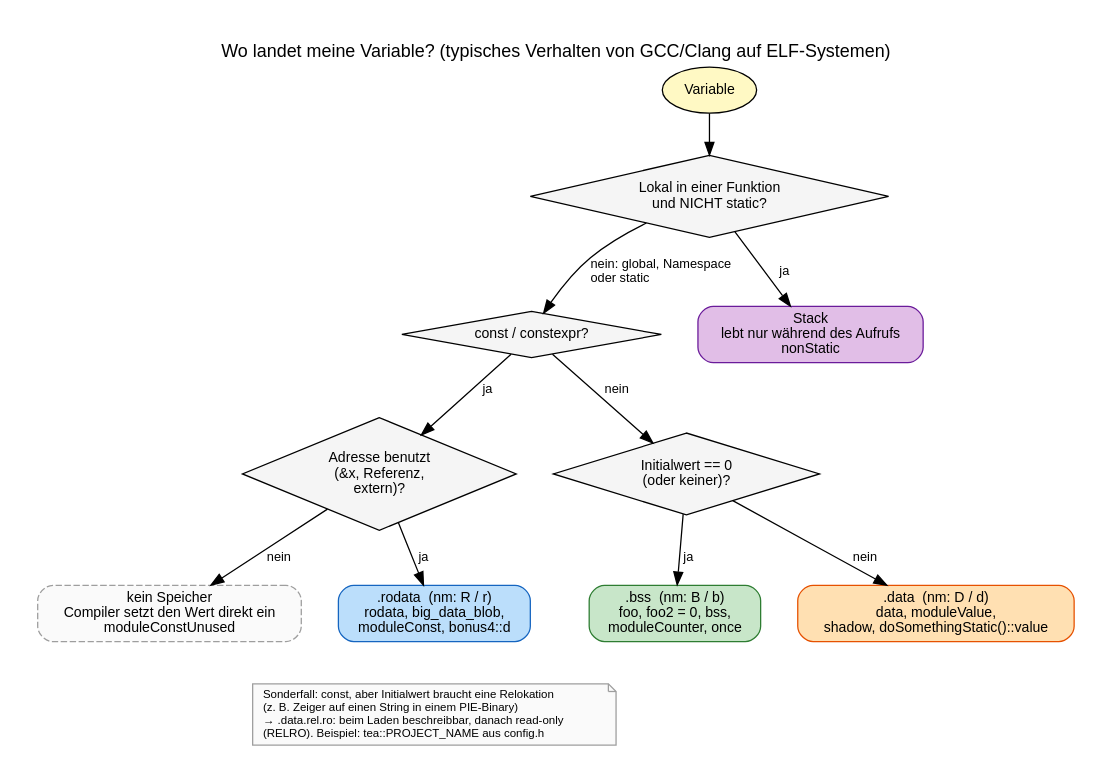
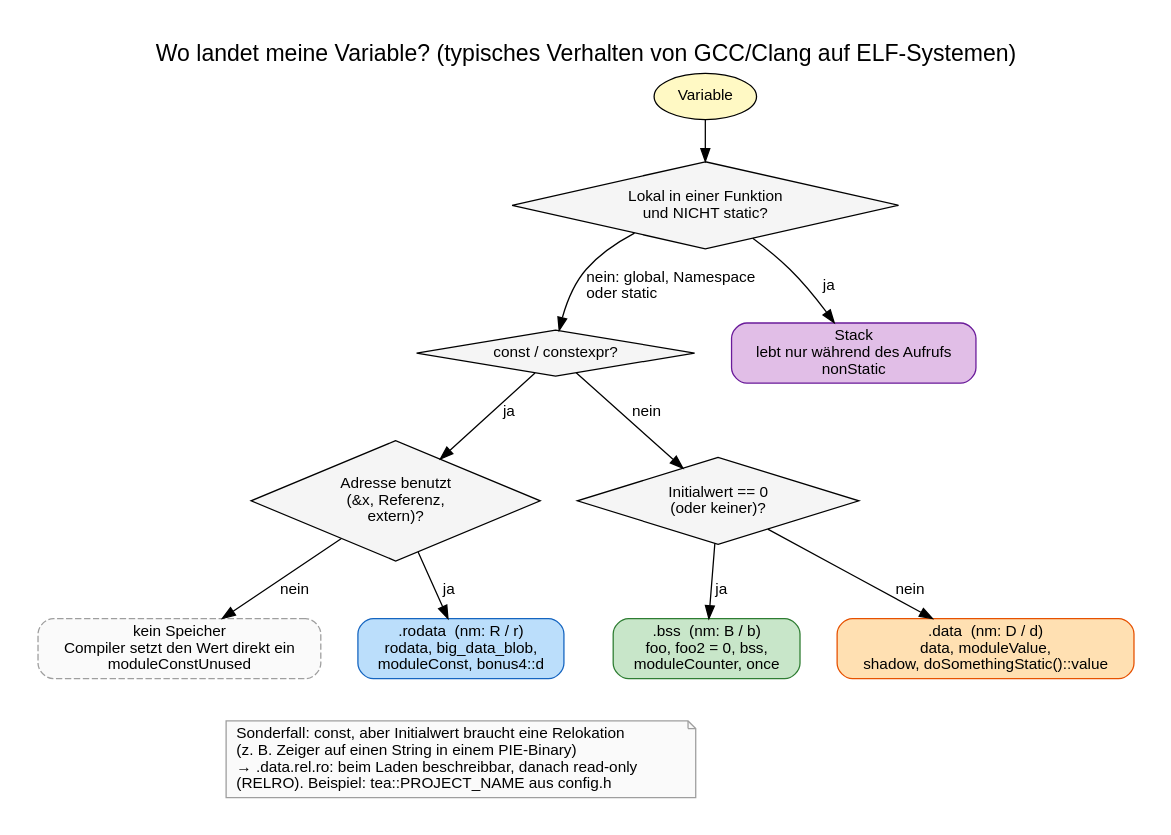
One commit to graugans/tea24 changed the diagram in exercise-002/doc/06_decision.dot. Above: the diagram before and after it, drawn with Graphviz. The commit also changed 57 other files, not shown here.

First line of the commit message:
docs: make diagram text readable at page width

```diff
--- a/exercise-002/doc/06_decision.dot
+++ b/exercise-002/doc/06_decision.dot
@@ -1,35 +1,35 @@
 // Entscheidungsbaum: In welchem Segment landet meine Variable?
 digraph decision {
     rankdir=TB;
     graph [fontname="Helvetica", bgcolor="white", pad=0.3, nodesep=0.4, ranksep=0.45,
            label="Wo landet meine Variable? (typisches Verhalten von GCC/Clang auf ELF-Systemen)",
-           labelloc=t, fontsize=14];
-    node [fontname="Helvetica", fontsize=11];
-    edge [fontname="Helvetica", fontsize=10];
+           labelloc=t, fontsize=18];
+    node [fontname="Helvetica", fontsize=12];
+    edge [fontname="Helvetica", fontsize=12];
 
     start [label="Variable", shape=oval, style=filled, fillcolor="#fff9c4"];
     q_dur [label="Lokal in einer Funktion\nund NICHT static?", shape=diamond, style=filled, fillcolor="#f5f5f5"];
     q_const [label="const / constexpr?", shape=diamond, style=filled, fillcolor="#f5f5f5"];
     q_used [label="Adresse benutzt\n(&x, Referenz,\nextern)?", shape=diamond, style=filled, fillcolor="#f5f5f5"];
     q_zero [label="Initialwert == 0\n(oder keiner)?", shape=diamond, style=filled, fillcolor="#f5f5f5"];
 
     stack  [label="Stack\nlebt nur während des Aufrufs\nnonStatic", shape=box, style="rounded,filled", fillcolor="#e1bee7", color="#6a1b9a"];
     folded [label="kein Speicher\nCompiler setzt den Wert direkt ein\nmoduleConstUnused", shape=box, style="rounded,filled,dashed", fillcolor="#fafafa", color="#9e9e9e"];
     rodata [label=".rodata  (nm: R / r)\nrodata, big_data_blob,\nmoduleConst, bonus4::d", shape=box, style="rounded,filled", fillcolor="#bbdefb", color="#1565c0"];
     bss    [label=".bss  (nm: B / b)\nfoo, foo2 = 0, bss,\nmoduleCounter, once", shape=box, style="rounded,filled", fillcolor="#c8e6c9", color="#2e7d32"];
     data   [label=".data  (nm: D / d)\ndata, moduleValue,\nshadow, doSomethingStatic()::value", shape=box, style="rounded,filled", fillcolor="#ffe0b2", color="#e65100"];
 
     start  -> q_dur;
     q_dur  -> stack   [label=" ja"];
     q_dur  -> q_const [label=" nein: global, Namespace\l oder static\l"];
     q_const -> q_used [label=" ja"];
     q_const -> q_zero [label=" nein"];
     q_used -> rodata  [label=" ja"];
     q_used -> folded  [label=" nein"];
     q_zero -> bss     [label=" ja"];
     q_zero -> data    [label=" nein"];
 
-    hint [shape=note, style=filled, fillcolor="#fafafa", color="#9e9e9e", fontsize=9,
+    hint [shape=note, style=filled, fillcolor="#fafafa", color="#9e9e9e", fontsize=12,
           label="Sonderfall: const, aber Initialwert braucht eine Relokation\l(z. B. Zeiger auf einen String in einem PIE-Binary)\l→ .data.rel.ro: beim Laden beschreibbar, danach read-only\l(RELRO). Beispiel: tea::PROJECT_NAME aus config.h\l"];
     rodata -> hint [style=invis];
 }
```
